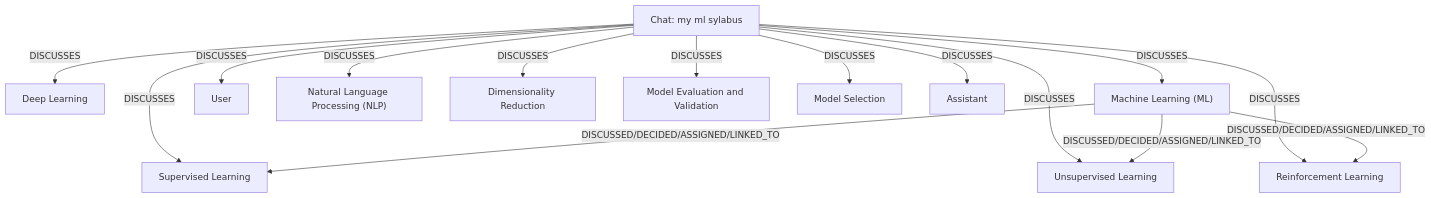
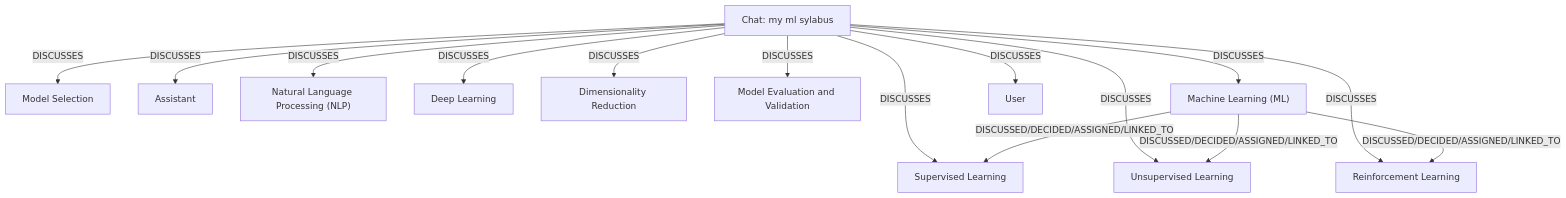
One commit to ankit-sengupta05/cyborg changed the diagram in AI_OS/Ontology/Ontology_Machine_Learning.md. Above: the diagram before and after it, drawn with Mermaid. The commit also changed other lines of this file and 12 other files, not shown here.

````diff
--- a/AI_OS/Ontology/Ontology_Machine_Learning.md
+++ b/AI_OS/Ontology/Ontology_Machine_Learning.md
@@ -26,29 +26,29 @@
 ```mermaid
 graph TD
-    n0["Deep Learning"]
-    n1["Reinforcement Learning"]
-    n2["Machine Learning (ML)"]
-    n3["User"]
-    n4["Natural Language Processing (NLP)"]
-    n5["Dimensionality Reduction"]
-    n6["Model Evaluation and Validation"]
-    n7["Unsupervised Learning"]
-    n8["Chat: my ml sylabus"]
-    n9["Model Selection"]
-    n10["Supervised Learning"]
-    n11["Assistant"]
-    n8 -->|DISCUSSES| n2
-    n8 -->|DISCUSSES| n10
-    n8 -->|DISCUSSES| n7
-    n8 -->|DISCUSSES| n1
-    n8 -->|DISCUSSES| n5
-    n8 -->|DISCUSSES| n6
-    n8 -->|DISCUSSES| n9
-    n8 -->|DISCUSSES| n0
-    n8 -->|DISCUSSES| n4
-    n2 -->|DISCUSSED/DECIDED/ASSIGNED/LINKED_TO| n10
-    n2 -->|DISCUSSED/DECIDED/ASSIGNED/LINKED_TO| n7
-    n2 -->|DISCUSSED/DECIDED/ASSIGNED/LINKED_TO| n1
-    n8 -->|DISCUSSES| n3
-    n8 -->|DISCUSSES| n11
+    n0["Model Selection"]
+    n1["Assistant"]
+    n2["Natural Language Processing (NLP)"]
+    n3["Deep Learning"]
+    n4["Dimensionality Reduction"]
+    n5["Reinforcement Learning"]
+    n6["Unsupervised Learning"]
+    n7["Supervised Learning"]
+    n8["Model Evaluation and Validation"]
+    n9["Machine Learning (ML)"]
+    n10["User"]
+    n11["Chat: my ml sylabus"]
+    n11 -->|DISCUSSES| n9
+    n11 -->|DISCUSSES| n7
+    n11 -->|DISCUSSES| n6
+    n11 -->|DISCUSSES| n5
+    n11 -->|DISCUSSES| n4
+    n11 -->|DISCUSSES| n8
+    n11 -->|DISCUSSES| n0
+    n11 -->|DISCUSSES| n3
+    n11 -->|DISCUSSES| n2
+    n9 -->|DISCUSSED/DECIDED/ASSIGNED/LINKED_TO| n7
+    n9 -->|DISCUSSED/DECIDED/ASSIGNED/LINKED_TO| n6
+    n9 -->|DISCUSSED/DECIDED/ASSIGNED/LINKED_TO| n5
+    n11 -->|DISCUSSES| n10
+    n11 -->|DISCUSSES| n1
 ```
````
